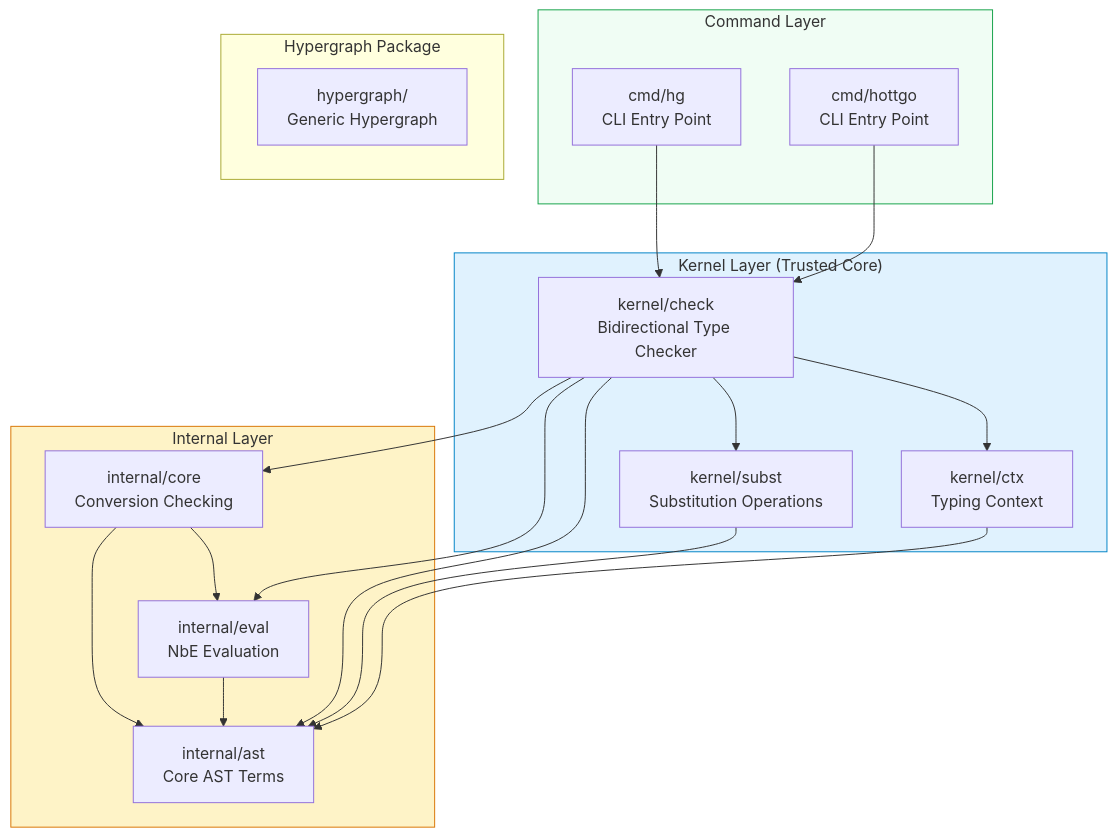
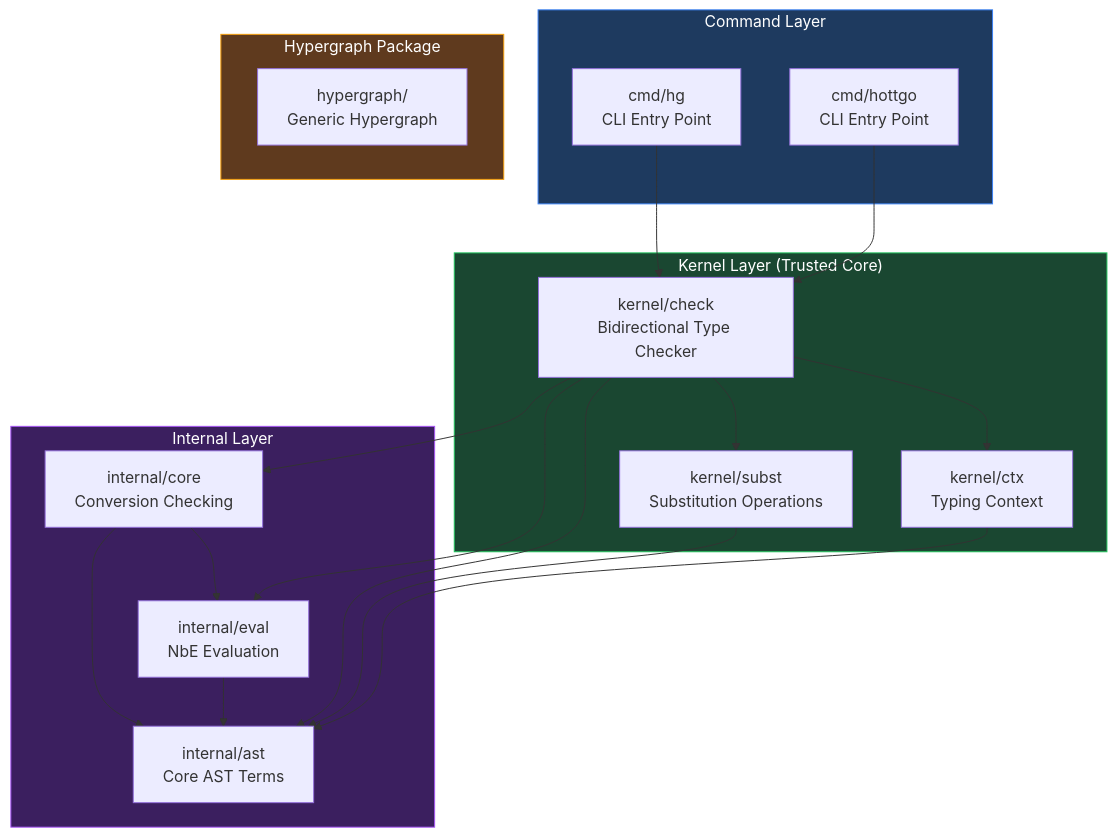
The second of 23 diagrams in DIAGRAMS.md (watchthelight/HypergraphGo), drawn with Mermaid before and after one commit. The commit also changed other lines of this file, not shown here.

First line of the commit message:
docs(diagrams): add master architecture diagram with dark theme

````diff
--- a/DIAGRAMS.md
+++ b/DIAGRAMS.md
@@ -24,44 +470,45 @@
 ```mermaid
 flowchart TB
     subgraph cmd["Command Layer"]
         hg["cmd/hg<br/>CLI Entry Point"]
         hottgo["cmd/hottgo<br/>CLI Entry Point"]
     end
 
     subgraph kernel["Kernel Layer (Trusted Core)"]
         check["kernel/check<br/>Bidirectional Type Checker"]
         ctx["kernel/ctx<br/>Typing Context"]
         subst["kernel/subst<br/>Substitution Operations"]
     end
 
     subgraph internal["Internal Layer"]
         ast["internal/ast<br/>Core AST Terms"]
         eval["internal/eval<br/>NbE Evaluation"]
         core["internal/core<br/>Conversion Checking"]
     end
 
     subgraph hypergraph["Hypergraph Package"]
         hgraph["hypergraph/<br/>Generic Hypergraph"]
     end
 
     hg --> check
     hottgo --> check
 
     check --> ctx
     check --> subst
     check --> ast
     check --> eval
     check --> core
 
     ctx --> ast
     subst --> ast
 
     core --> eval
     core --> ast
 
     eval --> ast
 
-    style kernel fill:#e0f2fe,stroke:#0284c7
-    style internal fill:#fef3c7,stroke:#d97706
-    style cmd fill:#f0fdf4,stroke:#16a34a
+    style kernel fill:#1a4731,stroke:#22c55e,color:#fff
+    style internal fill:#3b1f5f,stroke:#a855f7,color:#fff
+    style cmd fill:#1e3a5f,stroke:#3b82f6,color:#fff
+    style hypergraph fill:#5f3a1e,stroke:#f59e0b,color:#fff
 ```
````
